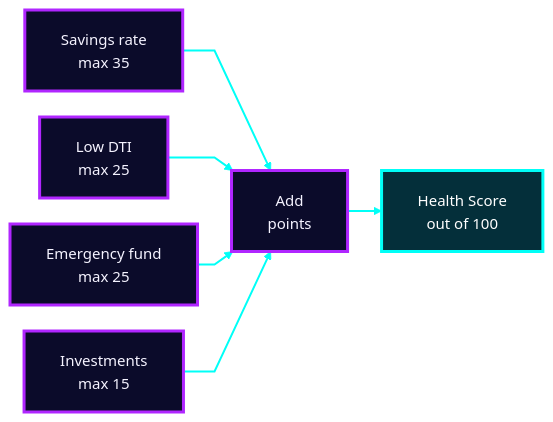
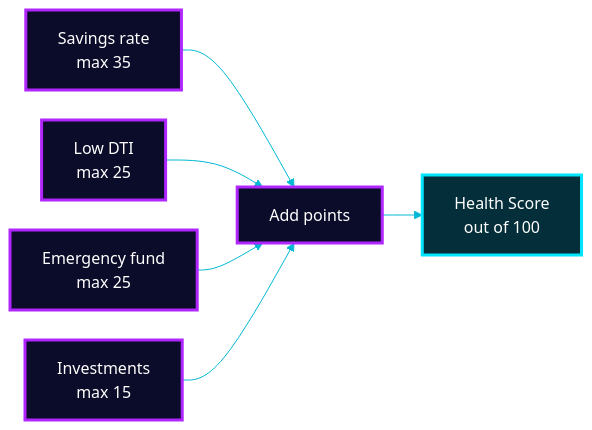
The tenth of 17 diagrams in README.md (Mansi232323/MANSHORA), drawn with Mermaid before and after one commit. The commit also changed other lines of this file, not shown here.

````diff
--- a/README.md
+++ b/README.md
@@ -366,14 +357,13 @@
 ```mermaid
-%%{init: {'theme':'base','themeVariables':{'fontSize':'15px','fontFamily':'Arial, Helvetica, sans-serif','primaryColor':'#0b0b2a','primaryTextColor':'#f5f3ff','primaryBorderColor':'#b026ff','lineColor':'#00fff7','textColor':'#f5f3ff','edgeLabelBackground':'#0b0b2a'},'flowchart':{'htmlLabels':false,'nodeSpacing':26,'rankSpacing':34,'padding':18,'curve':'linear'}}}%%
+%%{init: {'theme':'base','themeVariables':{'fontSize':'16px','fontFamily':'Arial, Helvetica, sans-serif','primaryColor':'#0b0b2a','primaryTextColor':'#ffffff','primaryBorderColor':'#b026ff','lineColor':'#00b8d4','textColor':'#ffffff','edgeLabelBackground':'#0b0b2a'},'flowchart':{'htmlLabels':true,'nodeSpacing':30,'rankSpacing':40,'padding':16,'curve':'basis','wrappingWidth':240,'useMaxWidth':true}}}%%
 flowchart LR
-    SR["Savings rate<br/>max 35"] --> SUM["Add<br/>points"]
+    SR["Savings rate<br/>max 35"] --> SUM["Add points"]
     DT["Low DTI<br/>max 25"] --> SUM
     EF["Emergency fund<br/>max 25"] --> SUM
     IV["Investments<br/>max 15"] --> SUM
     SUM --> SC["Health Score<br/>out of 100"]
-    classDef a fill:#0b0b2a,stroke:#b026ff,stroke-width:3px,color:#f5f3ff
-    classDef o fill:#042f3a,stroke:#00fff7,stroke-width:3px,color:#ffffff
+    classDef a fill:#0b0b2a,stroke:#b026ff,stroke-width:3px,color:#ffffff
+    classDef o fill:#042f3a,stroke:#00e5ff,stroke-width:3px,color:#ffffff
     class SR,DT,EF,IV,SUM a
     class SC o
-    linkStyle default fill:none,stroke:#00fff7,stroke-width:2px
 ```
````
